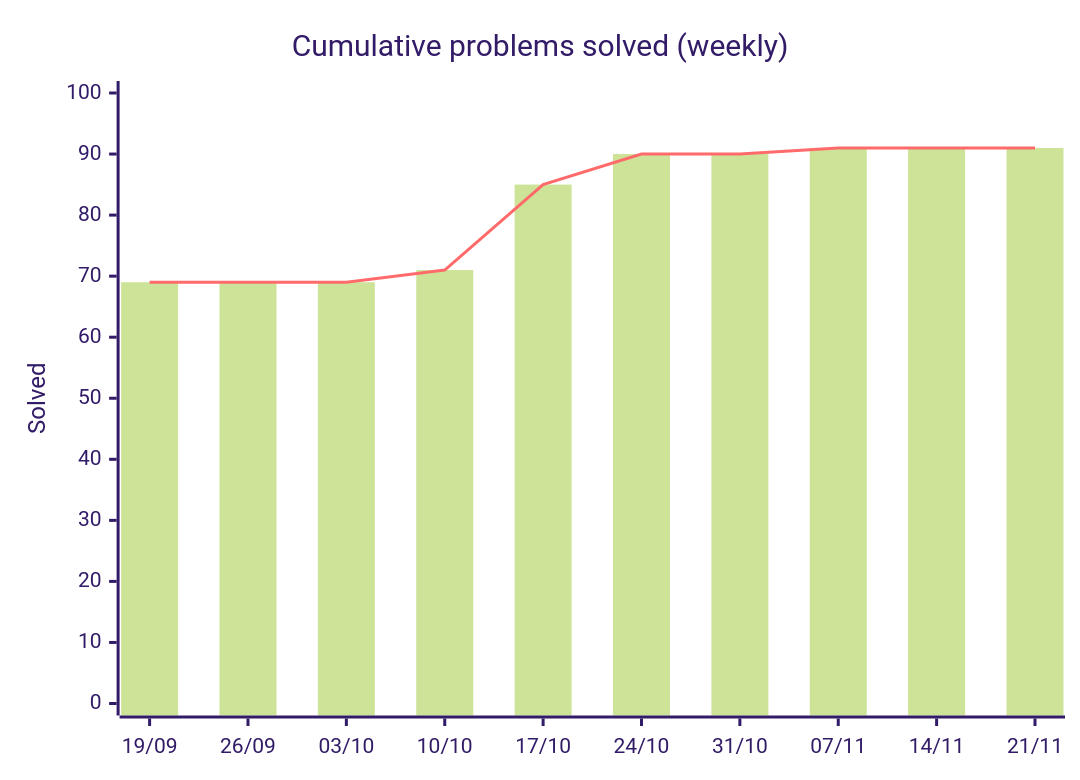
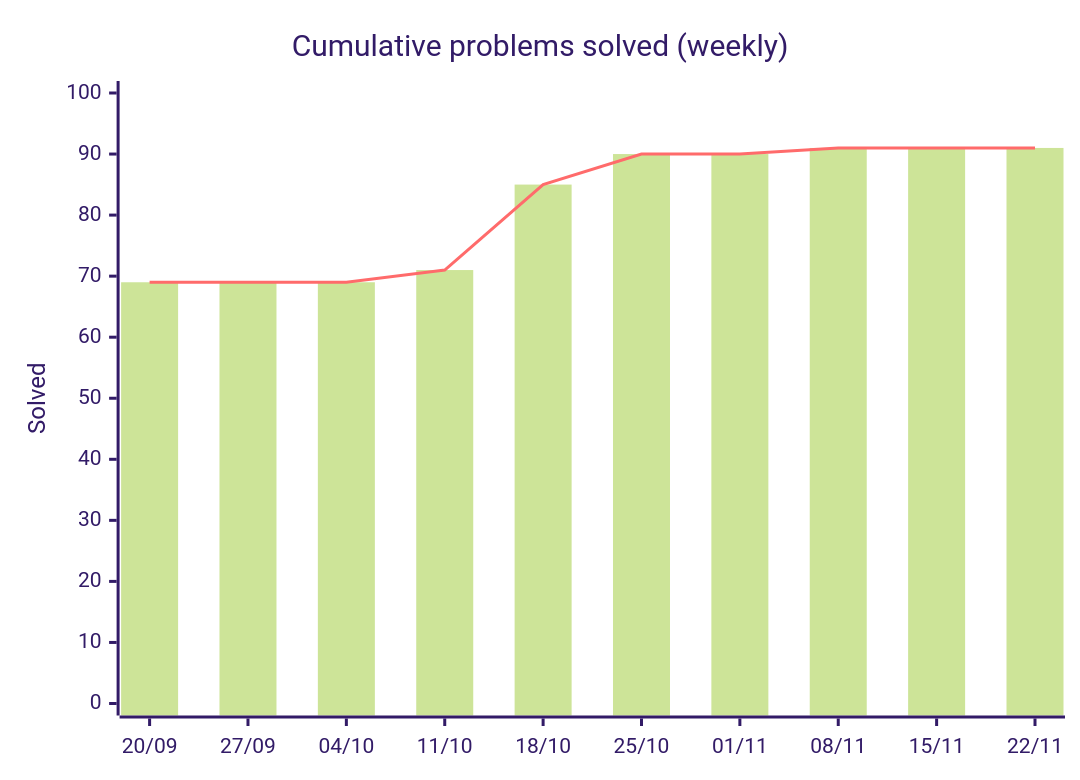
The first of 2 diagrams in README.md (HarryTrn/TensorTonic-Solutions), drawn with Mermaid (forest theme) before and after one commit. The commit also changed other lines of this file, not shown here.

Commit message:
docs: auto-update README [skip ci]

````diff
--- a/README.md
+++ b/README.md
@@ -65,8 +65,8 @@
 ```mermaid
 xychart-beta
     title "Cumulative problems solved (weekly)"
-    x-axis ["19/09", "26/09", "03/10", "10/10", "17/10", "24/10", "31/10", "07/11", "14/11", "21/11"]
+    x-axis ["20/09", "27/09", "04/10", "11/10", "18/10", "25/10", "01/11", "08/11", "15/11", "22/11"]
     y-axis "Solved" 0 --> 100
     bar [69, 69, 69, 71, 85, 90, 90, 91, 91, 91]
     line [69, 69, 69, 71, 85, 90, 90, 91, 91, 91]
 ```
````
